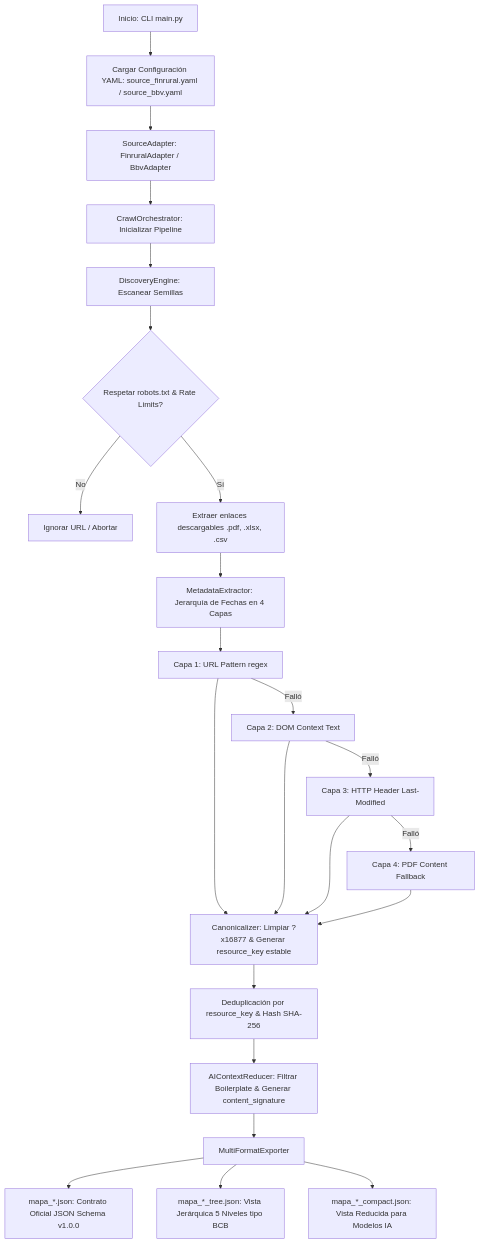
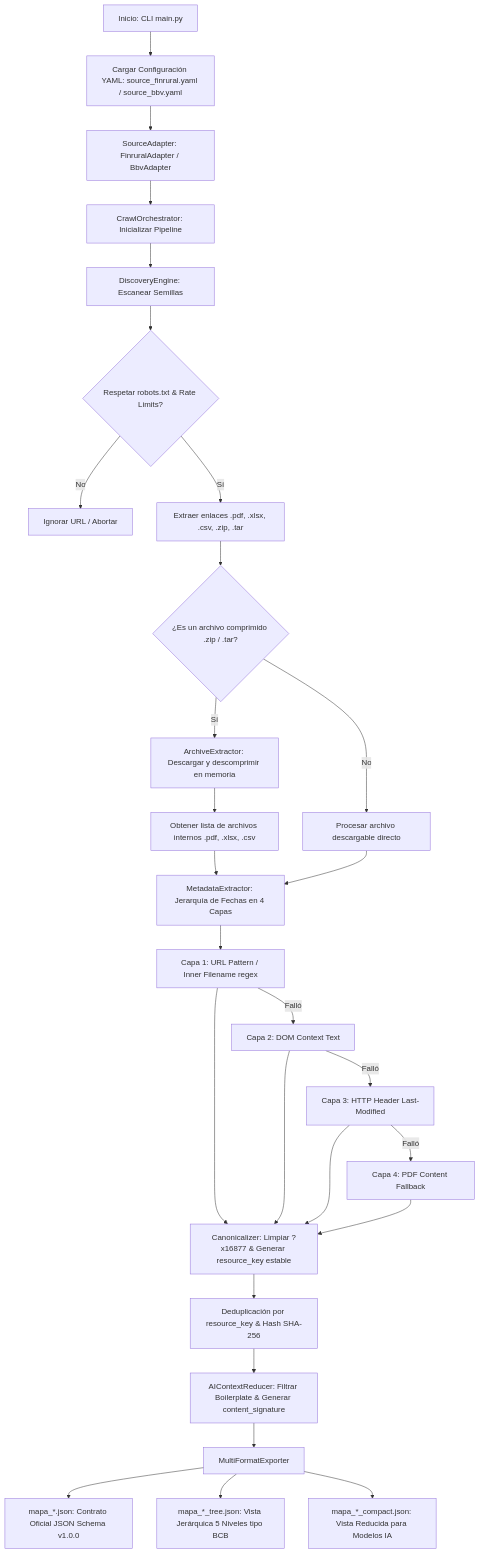
Before and after one commit to MarlonTMF/Crawler_Buscador: the diagram in README.md, drawn with Mermaid. The commit also changed other lines of this file and 7 other files, not shown here.

````diff
--- a/README.md
+++ b/README.md
@@ -19,26 +19,32 @@
 ```mermaid
 flowchart TD
     A[Inicio: CLI main.py] --> B[Cargar Configuración YAML: source_finrural.yaml / source_bbv.yaml]
     B --> C[SourceAdapter: FinruralAdapter / BbvAdapter]
     C --> D[CrawlOrchestrator: Inicializar Pipeline]
     
     D --> E[DiscoveryEngine: Escanear Semillas]
     E --> F{Respetar robots.txt & Rate Limits?}
     F -- No --> G[Ignorar URL / Abortar]
-    F -- Sí --> H[Extraer enlaces descargables .pdf, .xlsx, .csv]
+    F -- Sí --> H[Extraer enlaces .pdf, .xlsx, .csv, .zip, .tar]
     
-    H --> I[MetadataExtractor: Jerarquía de Fechas en 4 Capas]
-    I --> J[Capa 1: URL Pattern regex]
-    J -->|Falló| K[Capa 2: DOM Context Text]
-    K -->|Falló| L[Capa 3: HTTP Header Last-Modified]
-    L -->|Falló| M[Capa 4: PDF Content Fallback]
+    H --> I{¿Es un archivo comprimido .zip / .tar?}
+    I -- Sí --> J[ArchiveExtractor: Descargar y descomprimir en memoria]
+    J --> K[Obtener lista de archivos internos .pdf, .xlsx, .csv]
     
-    J & K & L & M --> N[Canonicalizer: Limpiar ?x16877 & Generar resource_key estable]
-    N --> O[Deduplicación por resource_key & Hash SHA-256]
-    O --> P[AIContextReducer: Filtrar Boilerplate & Generar content_signature]
+    I -- No --> L[Procesar archivo descargable directo]
+    K & L --> M[MetadataExtractor: Jerarquía de Fechas en 4 Capas]
     
-    P --> Q[MultiFormatExporter]
-    Q --> R[mapa_*.json: Contrato Oficial JSON Schema v1.0.0]
-    Q --> S[mapa_*_tree.json: Vista Jerárquica 5 Niveles tipo BCB]
-    Q --> T[mapa_*_compact.json: Vista Reducida para Modelos IA]
+    M --> N[Capa 1: URL Pattern / Inner Filename regex]
+    N -->|Falló| O[Capa 2: DOM Context Text]
+    O -->|Falló| P[Capa 3: HTTP Header Last-Modified]
+    P -->|Falló| Q[Capa 4: PDF Content Fallback]
+    
+    N & O & P & Q --> R[Canonicalizer: Limpiar ?x16877 & Generar resource_key estable]
+    R --> S[Deduplicación por resource_key & Hash SHA-256]
+    S --> T[AIContextReducer: Filtrar Boilerplate & Generar content_signature]
+    
+    T --> U[MultiFormatExporter]
+    U --> V[mapa_*.json: Contrato Oficial JSON Schema v1.0.0]
+    U --> W[mapa_*_tree.json: Vista Jerárquica 5 Niveles tipo BCB]
+    U --> X[mapa_*_compact.json: Vista Reducida para Modelos IA]
 ```
````
